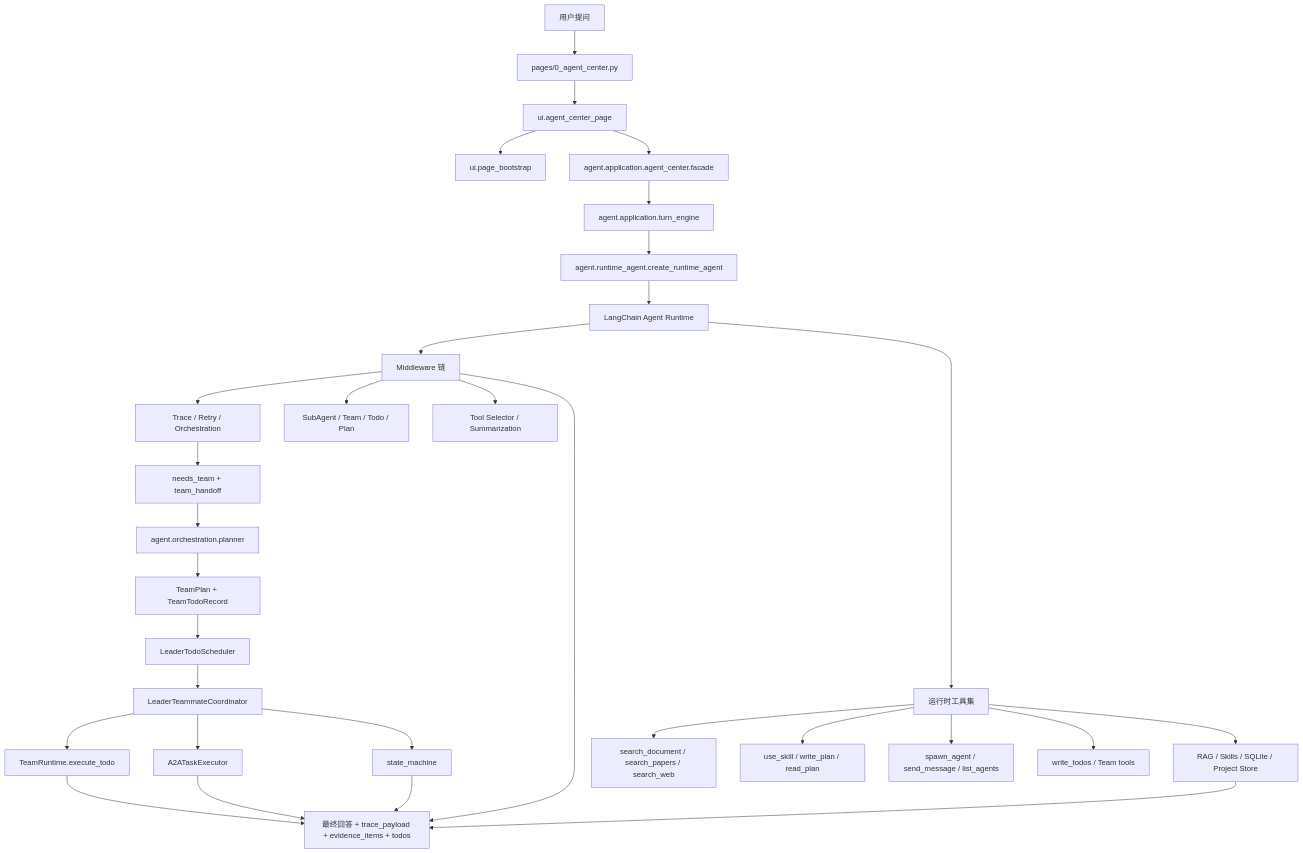
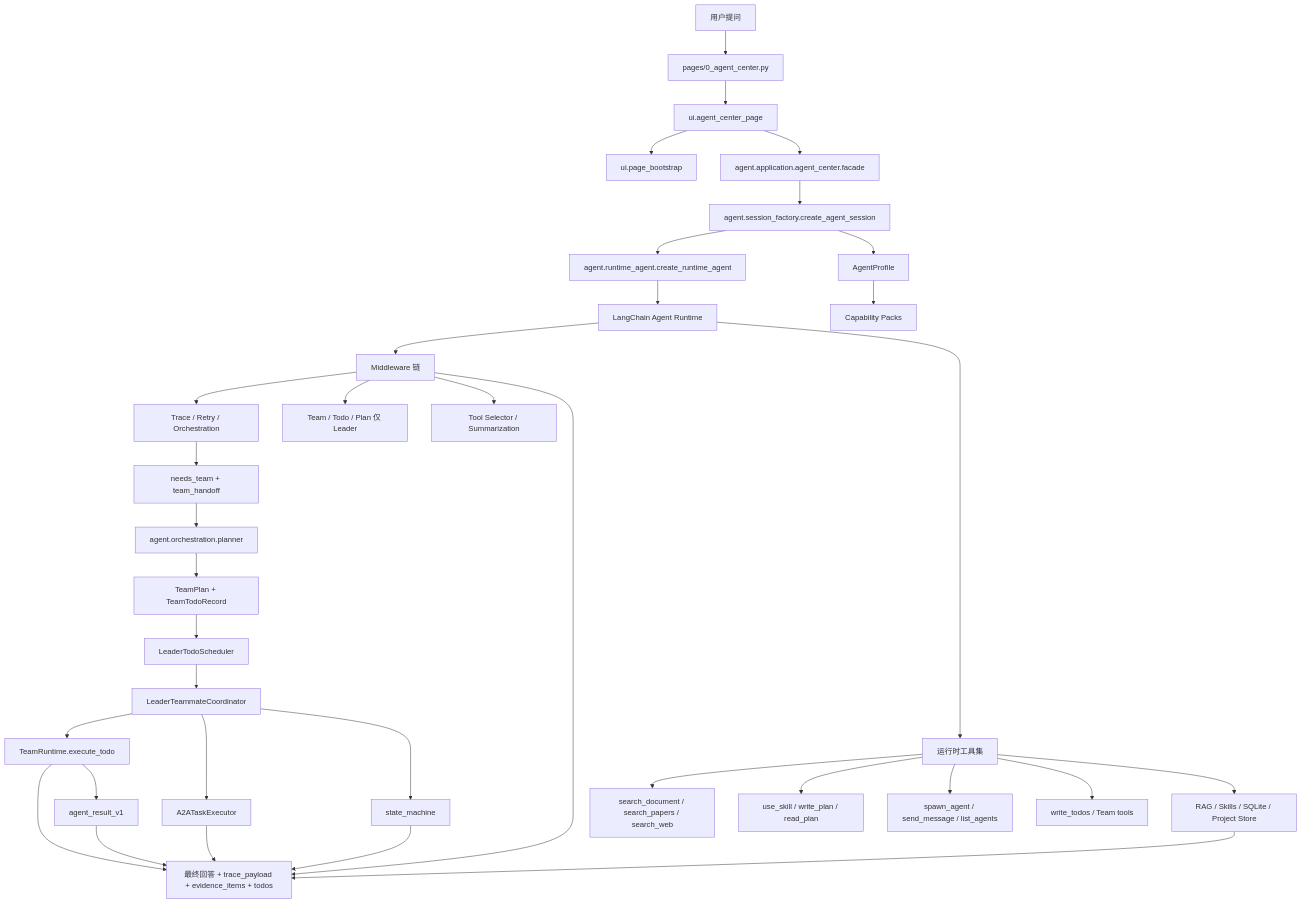
The first of 3 diagrams in README.md (0verL1nk/PaperSage), drawn with Mermaid before and after one commit. The commit also changed other lines of this file and 12 other files, not shown here.

````diff
--- a/README.md
+++ b/README.md
@@ -99,33 +101,37 @@
 ```mermaid
 flowchart TD
     A[用户提问] --> B[pages/0_agent_center.py]
     B --> C[ui.agent_center_page]
     C --> D[ui.page_bootstrap]
     C --> E[agent.application.agent_center.facade]
-    E --> F[agent.application.turn_engine]
+    E --> F[agent.session_factory.create_agent_session]
     F --> G[agent.runtime_agent.create_runtime_agent]
     G --> H[LangChain Agent Runtime]
     H --> I[Middleware 链]
     I --> I1[Trace / Retry / Orchestration]
-    I --> I2[SubAgent / Team / Todo / Plan]
+    I --> I2[Team / Todo / Plan 仅 Leader]
     I --> I3[Tool Selector / Summarization]
+    F --> P1[AgentProfile]
+    P1 --> P2[Capability Packs]
     I1 --> M1[needs_team + team_handoff]
     M1 --> M2[agent.orchestration.planner]
     M2 --> M3[TeamPlan + TeamTodoRecord]
     M3 --> M4[LeaderTodoScheduler]
     M4 --> M5[LeaderTeammateCoordinator]
     M5 --> M6[TeamRuntime.execute_todo]
     M5 --> M7[A2ATaskExecutor]
     M5 --> M8[state_machine]
     H --> J[运行时工具集]
     J --> J1[search_document / search_papers / search_web]
     J --> J2[use_skill / write_plan / read_plan]
     J --> J3[spawn_agent / send_message / list_agents]
     J --> J4[write_todos / Team tools]
     J --> K[RAG / Skills / SQLite / Project Store]
     M6 --> L[最终回答 + trace_payload + evidence_items + todos]
     M7 --> L
     M8 --> L
     I --> L
     K --> L
+    M6 --> R[agent_result_v1]
+    R --> L
 ```
````
